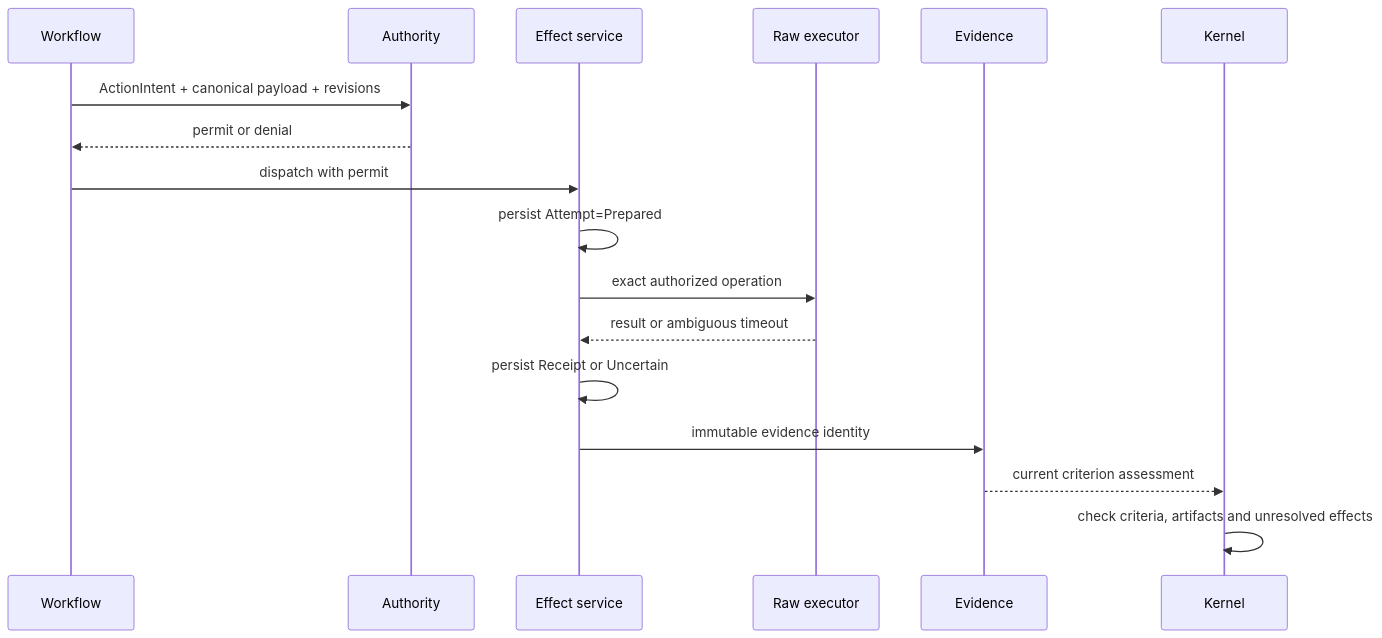
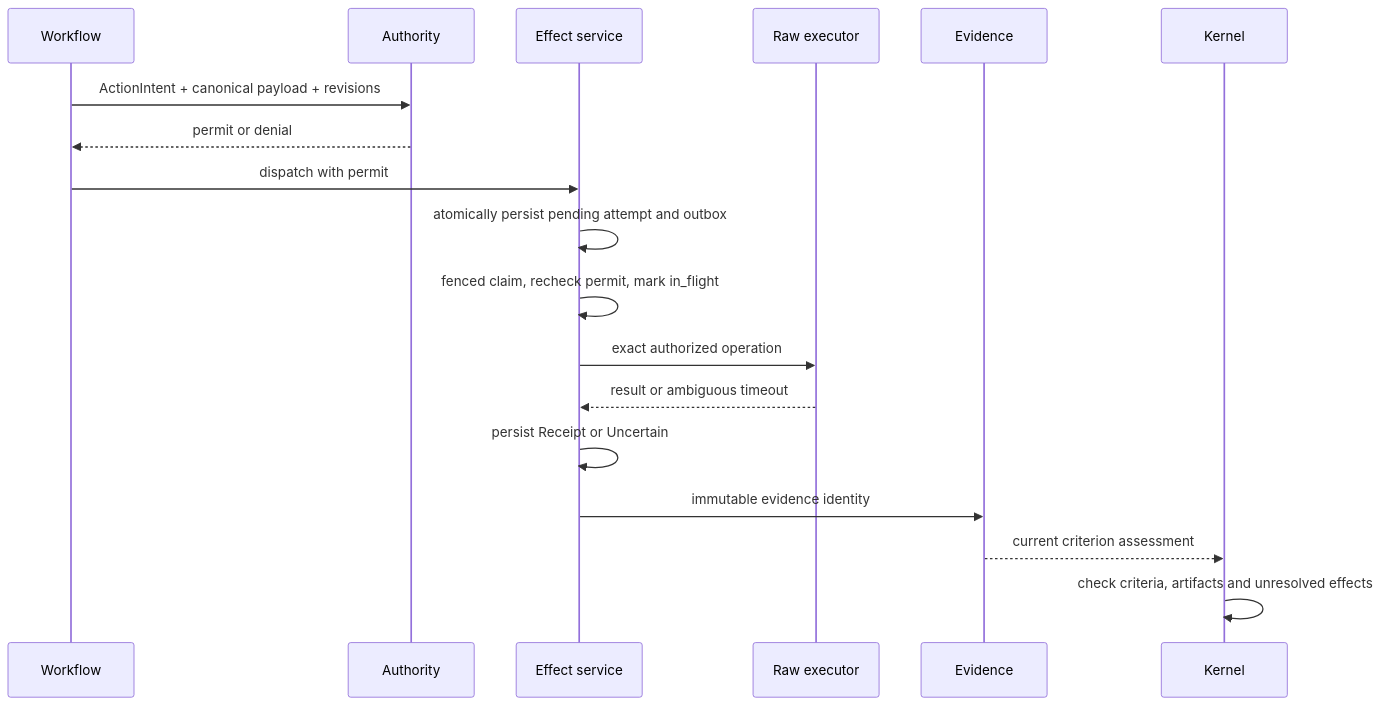
The third of 4 diagrams in docs/architecture/runtime-flows.md (civi0411/Custos), drawn with Mermaid before and after one commit. The commit also changed other lines of this file and 8 other files, not shown here.

Commit message:
docs: establish canonical architecture and repository topology

````diff
--- a/docs/architecture/runtime-flows.md
+++ b/docs/architecture/runtime-flows.md
@@ -71,19 +71,20 @@
 ```mermaid
 sequenceDiagram
   participant W as Workflow
   participant A as Authority
   participant E as Effect service
   participant T as Raw executor
   participant V as Evidence
   participant K as Kernel
   W->>A: ActionIntent + canonical payload + revisions
   A-->>W: permit or denial
   W->>E: dispatch with permit
-  E->>E: persist Attempt=Prepared
+  E->>E: atomically persist pending attempt and outbox
+  E->>E: fenced claim, recheck permit, mark in_flight
   E->>T: exact authorized operation
   T-->>E: result or ambiguous timeout
   E->>E: persist Receipt or Uncertain
   E->>V: immutable evidence identity
   V-->>K: current criterion assessment
   K->>K: check criteria, artifacts and unresolved effects
 ```
````
